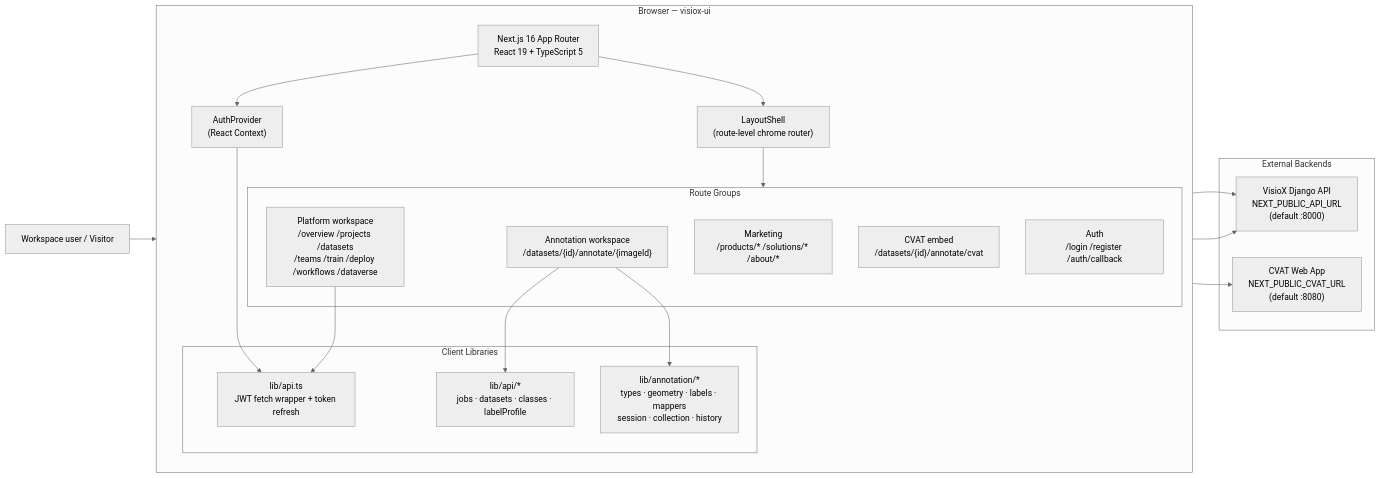
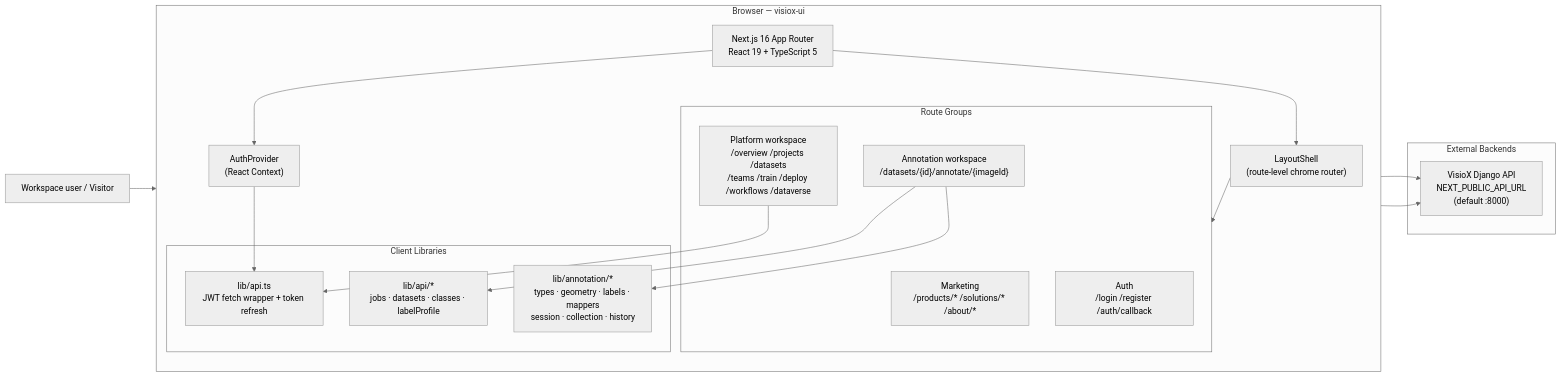
The first of 8 diagrams in ARCHITECTURE_DIAGRAMS.md (the-visiox/visiox-ui), drawn with Mermaid (neutral theme) before and after one commit. The commit also changed other lines of this file and 11 other files, not shown here.

````diff
--- a/ARCHITECTURE_DIAGRAMS.md
+++ b/ARCHITECTURE_DIAGRAMS.md
@@ -24,44 +24,41 @@
 ```mermaid
 flowchart LR
     User[Workspace user / Visitor]
 
     subgraph Browser[Browser — visiox-ui]
         direction TB
         Next["Next.js 16 App Router\nReact 19 + TypeScript 5"]
         AuthProvider["AuthProvider\n(React Context)"]
         LayoutShell["LayoutShell\n(route-level chrome router)"]
 
         subgraph Routes[Route Groups]
             Marketing["Marketing\n/products/* /solutions/* /about/*"]
             Platform["Platform workspace\n/overview /projects /datasets\n/teams /train /deploy /workflows /dataverse"]
             Annotate["Annotation workspace\n/datasets/{id}/annotate/{imageId}"]
-            CvatEmbed["CVAT embed\n/datasets/{id}/annotate/cvat"]
             Auth["Auth\n/login /register /auth/callback"]
         end
 
         subgraph Libs[Client Libraries]
             ApiClient["lib/api.ts\nJWT fetch wrapper + token refresh"]
             ModularApi["lib/api/*\njobs · datasets · classes · labelProfile"]
             AnnotationLib["lib/annotation/*\ntypes · geometry · labels · mappers\nsession · collection · history"]
         end
     end
 
     subgraph Backends[External Backends]
         VisioXAPI["VisioX Django API\nNEXT_PUBLIC_API_URL\n(default :8000)"]
-        CVAT["CVAT Web App\nNEXT_PUBLIC_CVAT_URL\n(default :8080)"]
     end
 
     User --> Next
     Next --> AuthProvider
     Next --> LayoutShell
     LayoutShell --> Routes
 
     Platform --> ApiClient
     Annotate --> ModularApi
     Annotate --> AnnotationLib
-    CvatEmbed --> CVAT
     AuthProvider --> ApiClient
 
     ApiClient --> VisioXAPI
     ModularApi --> VisioXAPI
 ```
````
